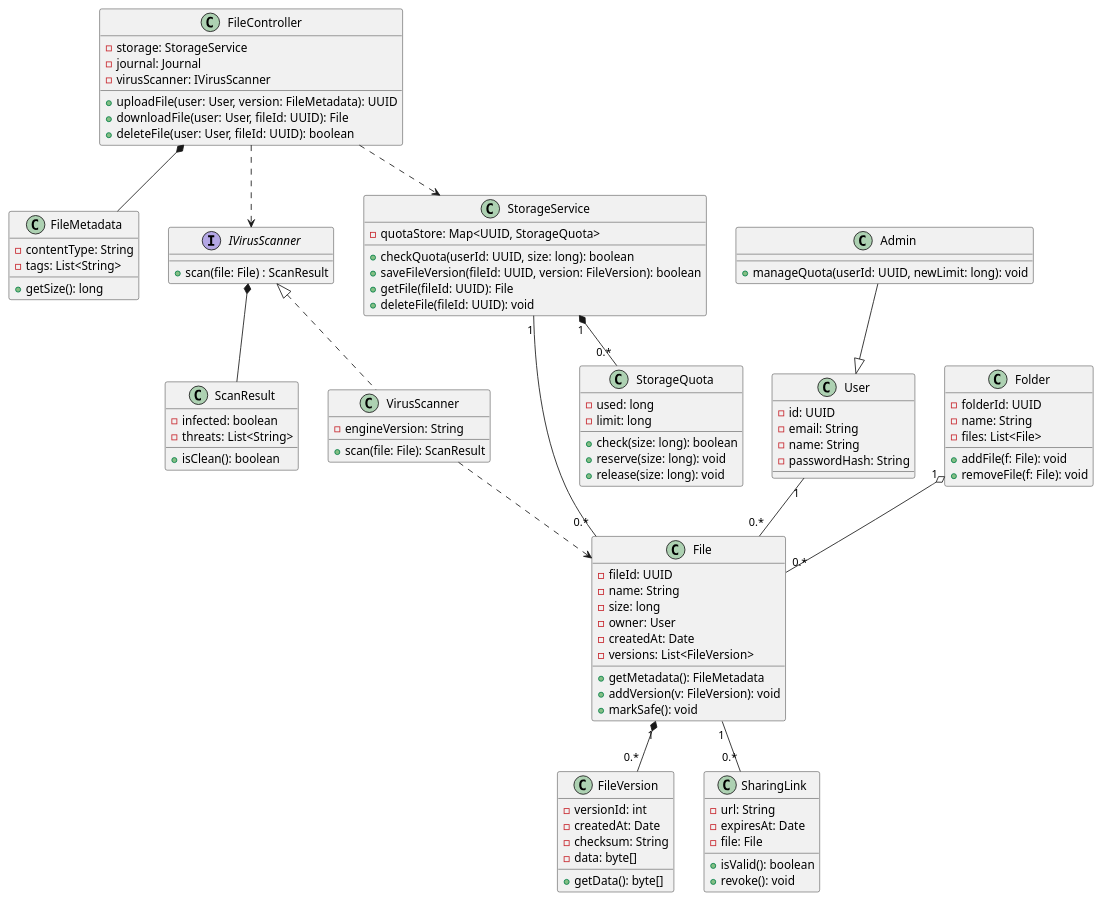
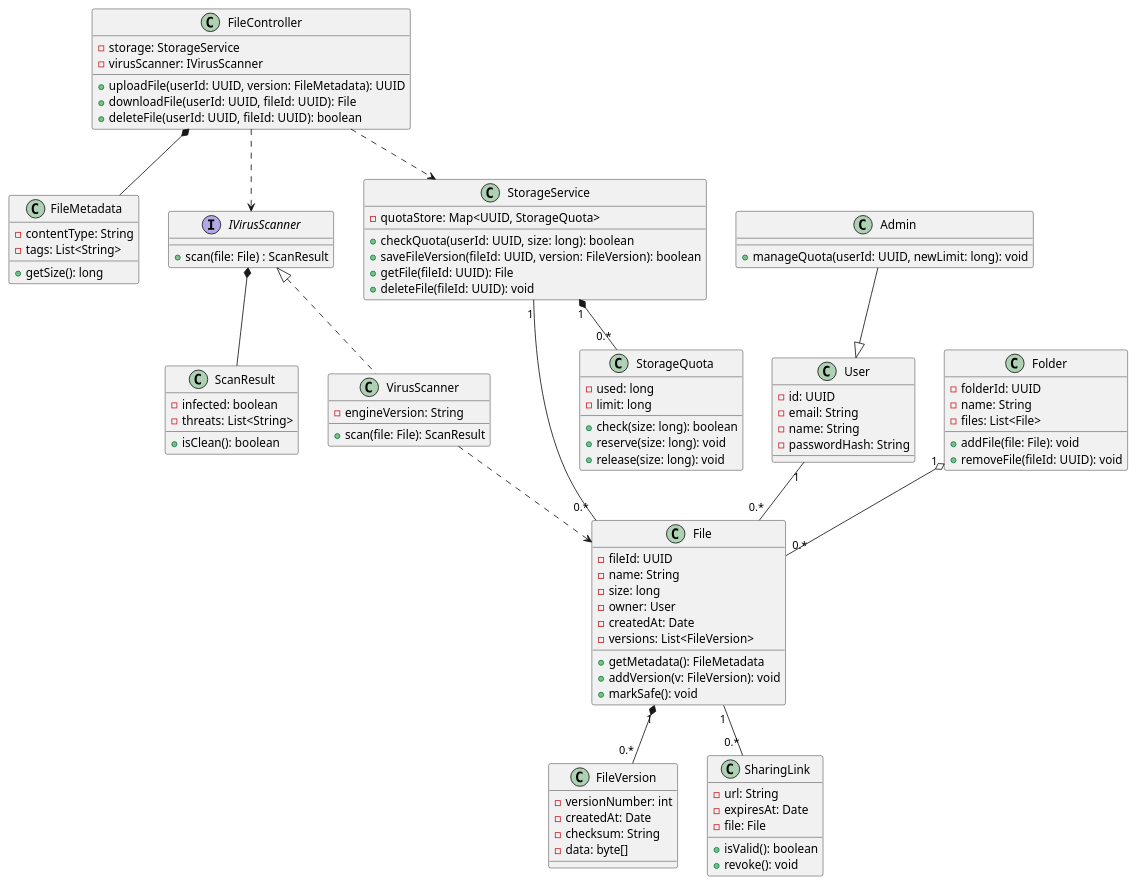
One commit to qwonix/guap changed the diagram in 4/tp/lab3/lab.puml. Above: the diagram before and after it, drawn with PlantUML. The commit also changed 5 other files, not shown here.

```diff
--- a/4/tp/lab3/lab.puml
+++ b/4/tp/lab3/lab.puml
@@ -1,129 +1,127 @@
 @startuml
 ' Диаграмма классов: Облачное хранилище (FileChunk удалён)
 
 ' ---------- Вспомогательные типы ----------
 class FileMetadata {
   - contentType: String
   - tags: List<String>
   + getSize(): long
 }
 
 class ScanResult {
   - infected: boolean
   - threats: List<String>
   + isClean(): boolean
 }
 
 ' ---------- Интерфейсы и основные классы ----------
 interface IVirusScanner {
   + scan(file: File) : ScanResult
 }
 
 class User {
   - id: UUID
   - email: String
   - name: String
   - passwordHash: String
 }
 
 class Admin {
   + manageQuota(userId: UUID, newLimit: long): void
 }
 Admin --|> User
 
 class File {
   - fileId: UUID
   - name: String
   - size: long
   - owner: User
   - createdAt: Date
   - versions: List<FileVersion>
   + getMetadata(): FileMetadata
   + addVersion(v: FileVersion): void
   + markSafe(): void
 }
 
 class FileVersion {
-  - versionId: int
+  - versionNumber: int
   - createdAt: Date
   - checksum: String
   - data: byte[]
-  + getData(): byte[]
 }
 
 class Folder {
   - folderId: UUID
   - name: String
   - files: List<File>
-  + addFile(f: File): void
-  + removeFile(f: File): void
+  + addFile(file: File): void
+  + removeFile(fileId: UUID): void
 }
 
 class StorageQuota {
   - used: long
   - limit: long
   + check(size: long): boolean
   + reserve(size: long): void
   + release(size: long): void
 }
 
 class SharingLink {
   - url: String
   - expiresAt: Date
   - file: File
   + isValid(): boolean
   + revoke(): void
 }
 
 class FileController {
   - storage: StorageService
-  - journal: Journal
   - virusScanner: IVirusScanner
-  + uploadFile(user: User, version: FileMetadata): UUID
-  + downloadFile(user: User, fileId: UUID): File
-  + deleteFile(user: User, fileId: UUID): boolean
+  + uploadFile(userId: UUID, version: FileMetadata): UUID
+  + downloadFile(userId: UUID, fileId: UUID): File
+  + deleteFile(userId: UUID, fileId: UUID): boolean
 }
 
 class StorageService {
   - quotaStore: Map<UUID, StorageQuota>
   + checkQuota(userId: UUID, size: long): boolean
   + saveFileVersion(fileId: UUID, version: FileVersion): boolean
   + getFile(fileId: UUID): File
   + deleteFile(fileId: UUID): void
 }
 
 class VirusScanner {
   - engineVersion: String
   + scan(file: File): ScanResult
 }
 
 ' ---------- Отношения ----------
 IVirusScanner <|.. VirusScanner
 IVirusScanner *-- ScanResult
 
 ' композиция: File содержит версии (version — часть File)
 StorageService "1" *-- "0.*" StorageQuota
 
 ' композиция: File содержит версии (version — часть File)
 File "1" *-- "0.*" FileVersion
 
 ' агрегация: Folder агрегирует File
 Folder "1" o-- "0.*" File
 
 ' ассоциация: User владеет File (поле owner в File)
 User "1" -- "0.*" File
 
 ' ассоциация/зависимость/использование
 FileController ..> StorageService
 FileController ..> IVirusScanner
 FileController *-- FileMetadata
 
 
 ' File и SharingLink
 File "1" -- "0.*" SharingLink
 
 ' сервисы работают с File
 StorageService "1" -- "0.*" File
 VirusScanner ..> File
 
 @enduml
```
